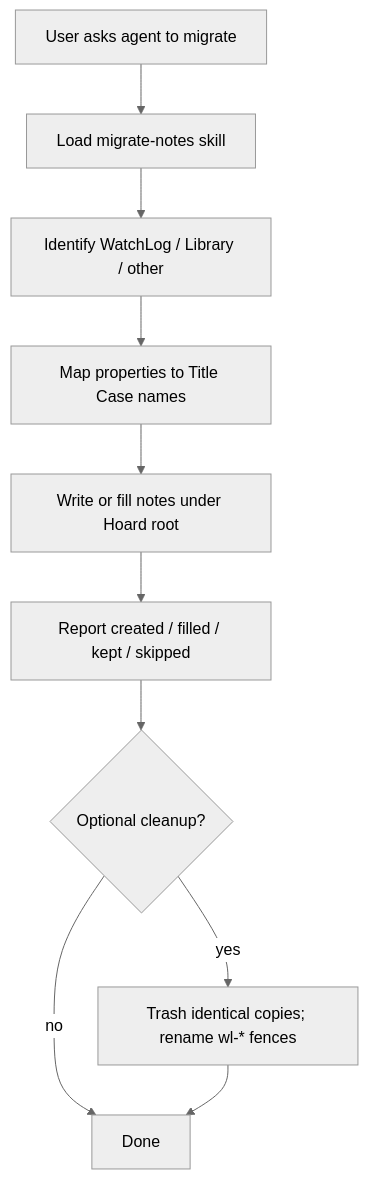
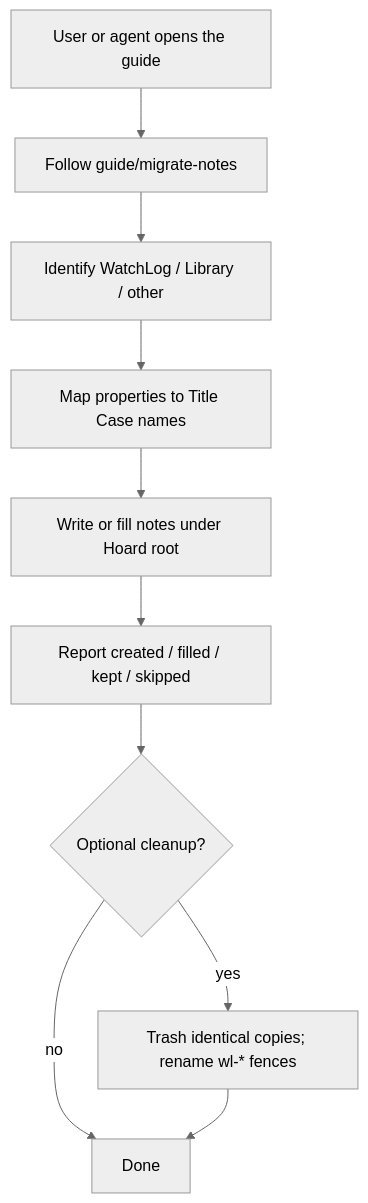
One commit to Macavity/obsidian-hoard changed the diagram in docs/flows/watchlog-import.md. Above: the diagram before and after it, drawn with Mermaid (neutral theme). The commit also changed other lines of this file and 25 other files, not shown here.

First line of the commit message:
docs(guide): move migrate-notes out of .claude/skills

````diff
--- a/docs/flows/watchlog-import.md
+++ b/docs/flows/watchlog-import.md
@@ -17,12 +17,12 @@
 ```mermaid
 flowchart TD
-  Ask[User asks agent to migrate] --> Skill[Load migrate-notes skill]
-  Skill --> Detect[Identify WatchLog / Library / other]
+  Ask[User or agent opens the guide] --> Guide[Follow guide/migrate-notes]
+  Guide --> Detect[Identify WatchLog / Library / other]
   Detect --> Map[Map properties to Title Case names]
   Map --> Write[Write or fill notes under Hoard root]
   Write --> Report[Report created / filled / kept / skipped]
   Report --> Cleanup{Optional cleanup?}
   Cleanup -->|yes| Trash[Trash identical copies; rename wl-* fences]
   Cleanup -->|no| Done[Done]
   Trash --> Done
 ```
````
